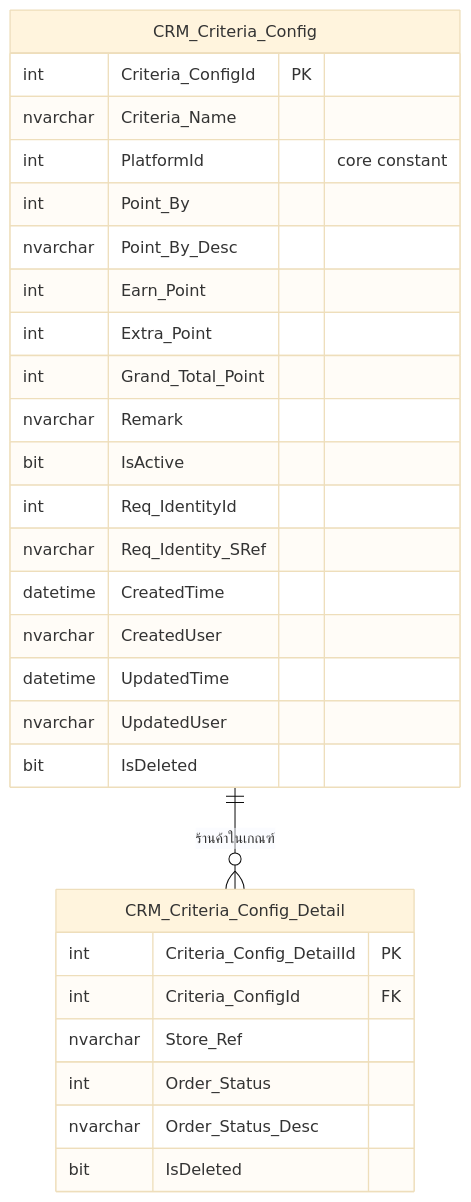
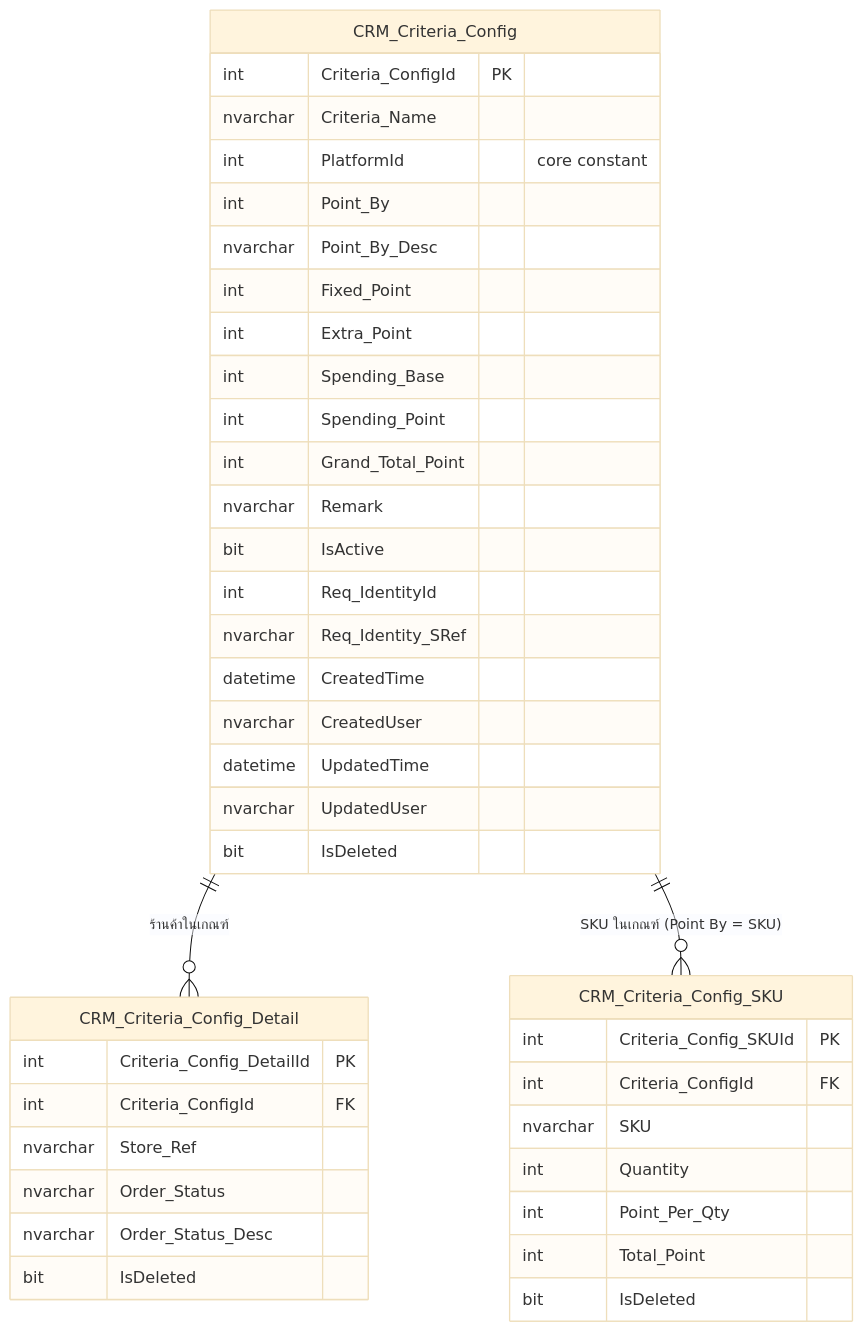
The diagram in content/Marketplace-Point-Criteria/01-Schema.md (paothanapon-chococrm/obs-chococrm-me), drawn with Mermaid (base theme) before and after one commit. The commit also changed other lines of this file and 8 other files, not shown here.

````diff
--- a/content/Marketplace-Point-Criteria/01-Schema.md
+++ b/content/Marketplace-Point-Criteria/01-Schema.md
@@ -7,33 +7,46 @@
 ```mermaid
 erDiagram
     CRM_Criteria_Config ||--o{ CRM_Criteria_Config_Detail : "ร้านค้าในเกณฑ์"
+    CRM_Criteria_Config ||--o{ CRM_Criteria_Config_SKU : "SKU ในเกณฑ์ (Point By = SKU)"
 
     CRM_Criteria_Config {
         int Criteria_ConfigId PK
         nvarchar Criteria_Name
         int PlatformId "core constant"
         int Point_By
         nvarchar Point_By_Desc
-        int Earn_Point
+        int Fixed_Point
         int Extra_Point
+        int Spending_Base
+        int Spending_Point
         int Grand_Total_Point
         nvarchar Remark
         bit IsActive
         int Req_IdentityId
         nvarchar Req_Identity_SRef
         datetime CreatedTime
         nvarchar CreatedUser
         datetime UpdatedTime
         nvarchar UpdatedUser
         bit IsDeleted
     }
 
     CRM_Criteria_Config_Detail {
         int Criteria_Config_DetailId PK
         int Criteria_ConfigId FK
         nvarchar Store_Ref
-        int Order_Status
+        nvarchar Order_Status
         nvarchar Order_Status_Desc
         bit IsDeleted
     }
+
+    CRM_Criteria_Config_SKU {
+        int Criteria_Config_SKUId PK
+        int Criteria_ConfigId FK
+        nvarchar SKU
+        int Quantity
+        int Point_Per_Qty
+        int Total_Point
+        bit IsDeleted
+    }
 ```
````
